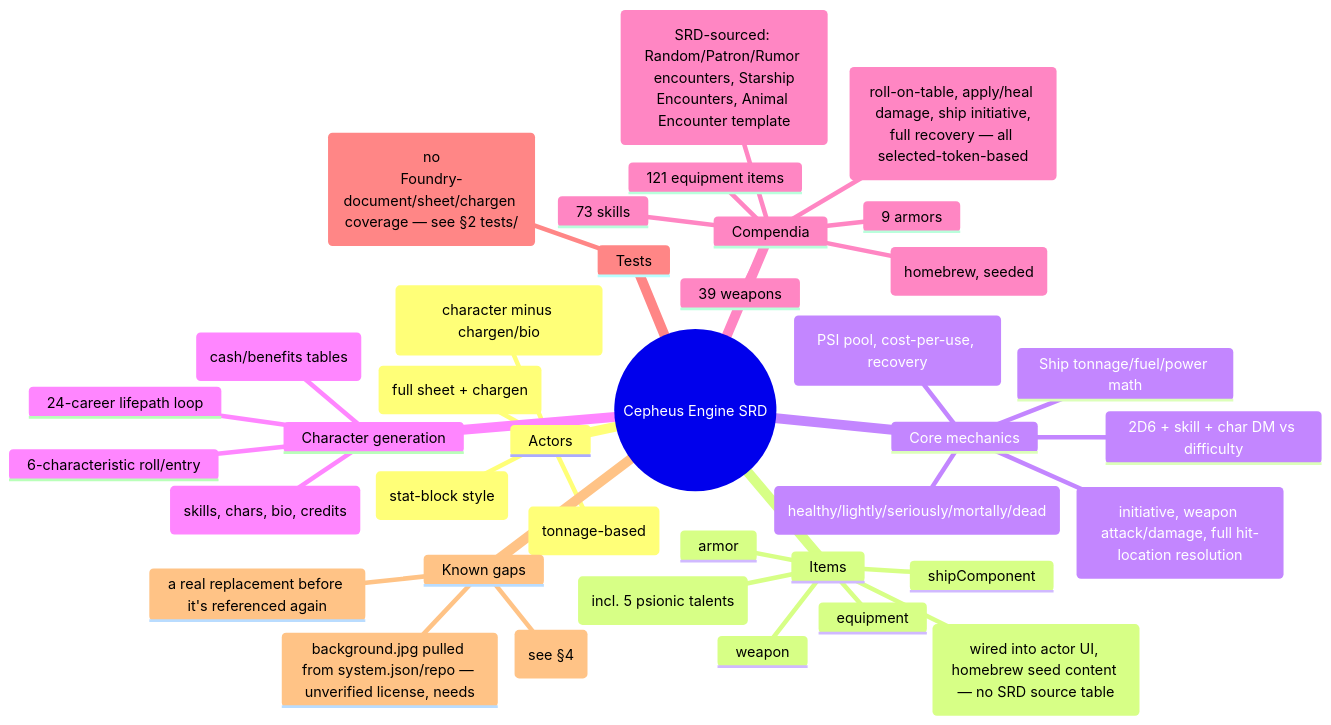
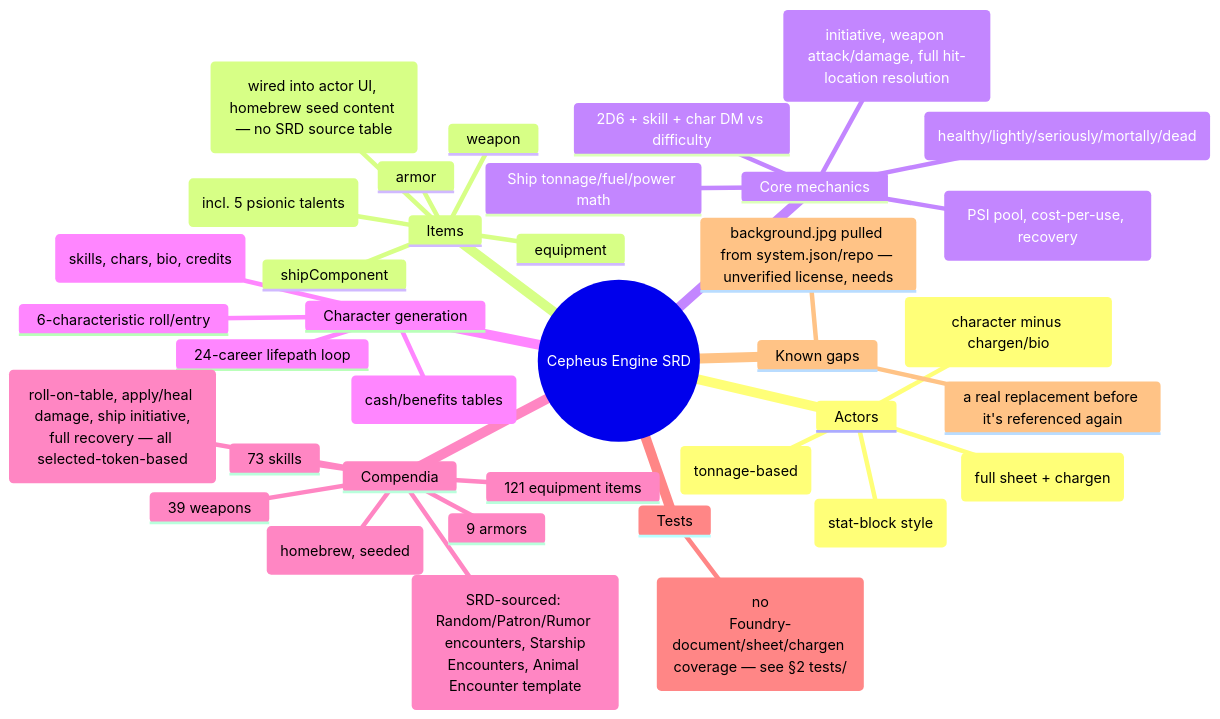
One commit to JoshuaErney/cepheus-engine changed the diagram in PROJECT_STATUS.md. Above: the diagram before and after it, drawn with Mermaid. The commit also changed other lines of this file and 4 other files, not shown here.

First line of the commit message:
Add soft capacity warnings for ship component tonnage/power

````diff
--- a/PROJECT_STATUS.md
+++ b/PROJECT_STATUS.md
@@ -39,44 +39,43 @@
 ```mermaid
 mindmap
   root((Cepheus Engine SRD))
     Actors
       character (full sheet + chargen)
       npc (character minus chargen/bio)
       creature (stat-block style)
       ship (tonnage-based)
     Items
       skill (incl. 5 psionic talents)
       weapon
       armor
       equipment
       augment (wired into actor UI, homebrew seed content — no SRD source table)
       shipComponent
     Core mechanics
       2D6 + skill + char DM vs difficulty
       Wound states (healthy/lightly/seriously/mortally/dead)
       Psionics (PSI pool, cost-per-use, recovery)
       Ship tonnage/fuel/power math
       Space combat (initiative, weapon attack/damage, full hit-location resolution)
     Character generation
       6-characteristic roll/entry
       24-career lifepath loop
       Muster-out (cash/benefits tables)
       Apply-to-actor (skills, chars, bio, credits)
     Compendia
       73 skills
       39 weapons
       9 armors
       121 equipment items
       12 augments (homebrew, seeded)
       5 GM rollable tables (SRD-sourced: Random/Patron/Rumor encounters, Starship
         Encounters, Animal Encounter template)
       5 ready-to-use macros (roll-on-table, apply/heal damage, ship initiative,
         full recovery — all selected-token-based)
     Tests
       bun test — 86 tests, pure-logic modules + data/localization only (no
       Foundry-document/sheet/chargen coverage — see §2 tests/)
     Known gaps
       background.jpg pulled from system.json/repo — unverified license, needs
       a real replacement before it's referenced again
-      Ship components have no tonnage/power capacity enforcement (see §4)
 ```
````
